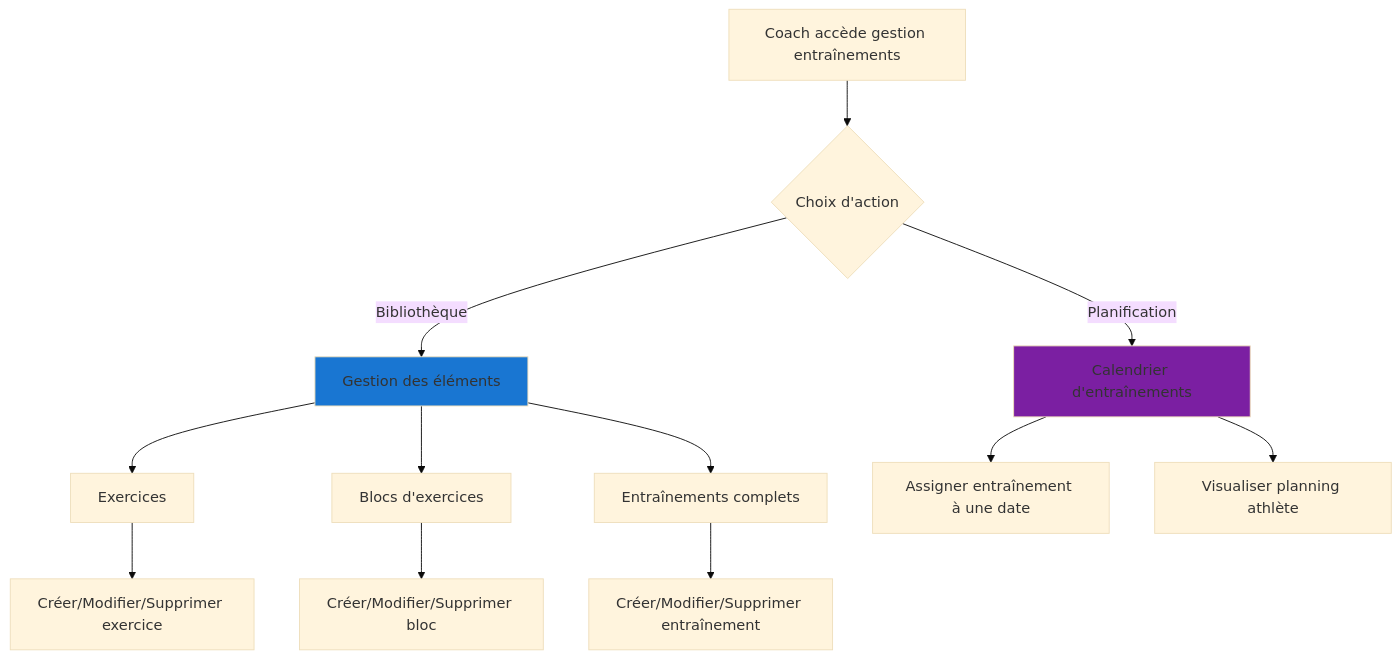
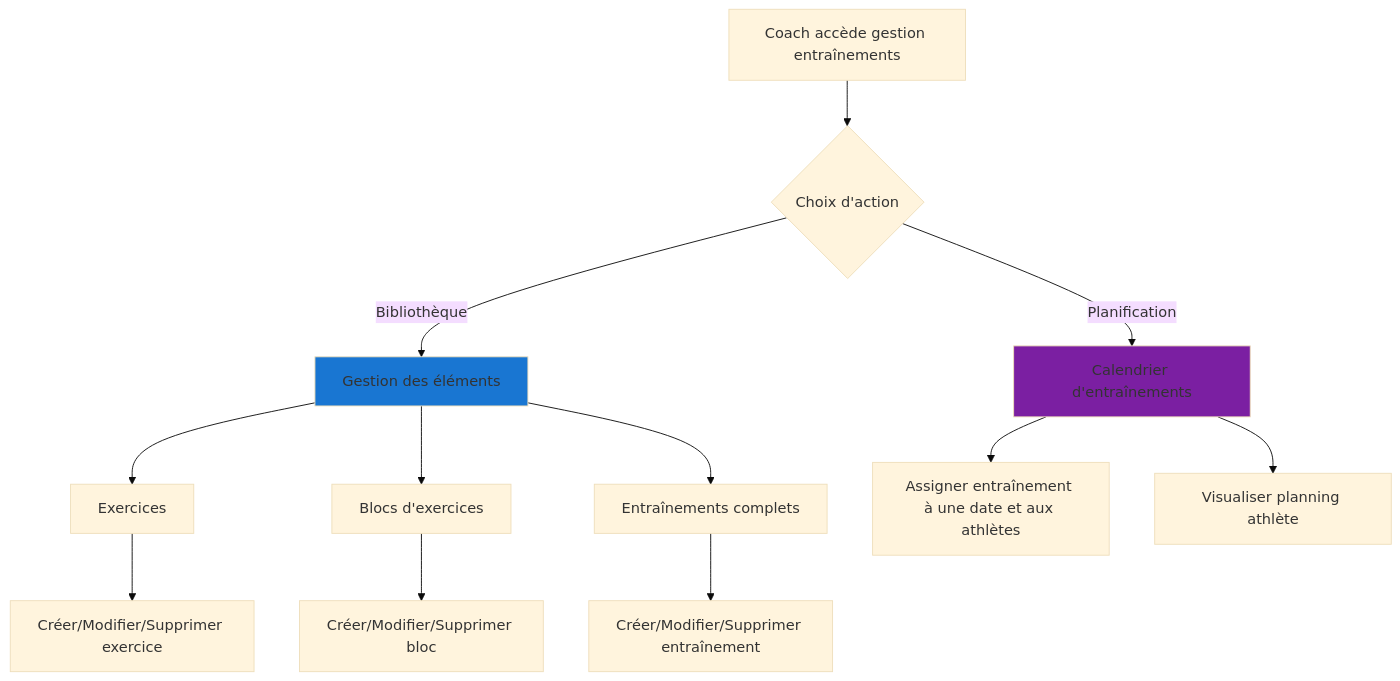
One commit to Netsbump/dropit-documentation changed the third of 3 diagrams in src/content/docs/conception/analyse.md. Above: the diagram before and after it, drawn with Mermaid (base theme). The commit also changed other lines of this file and 4 other files, not shown here.

````diff
--- a/src/content/docs/conception/analyse.md
+++ b/src/content/docs/conception/analyse.md
@@ -168,20 +146,20 @@
 ```mermaid
 graph TD
     A[Coach accède gestion entraînements] --> B{Choix d'action}
     B -->|Bibliothèque| C[Gestion des éléments]
     B -->|Planification| D[Calendrier d'entraînements]
     
     C --> E[Exercices]
     C --> F[Blocs d'exercices]
     C --> G[Entraînements complets]
     
     E --> H[Créer/Modifier/Supprimer exercice]
     F --> I[Créer/Modifier/Supprimer bloc]
     G --> J[Créer/Modifier/Supprimer entraînement]
     
-    D --> K[Assigner entraînement à une date]
+    D --> K[Assigner entraînement à une date et aux athlètes]
     D --> L[Visualiser planning athlète]
     
     style C fill:#1976d2
     style D fill:#7b1fa2
 ```
````
